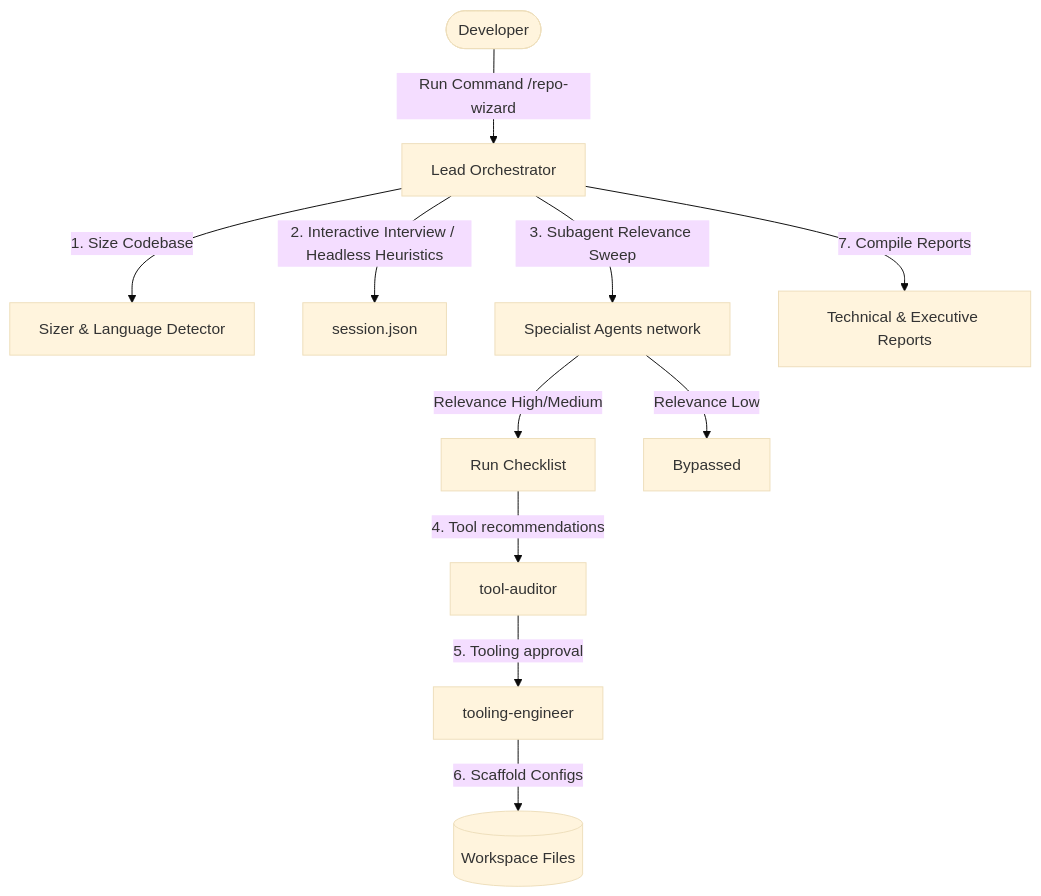
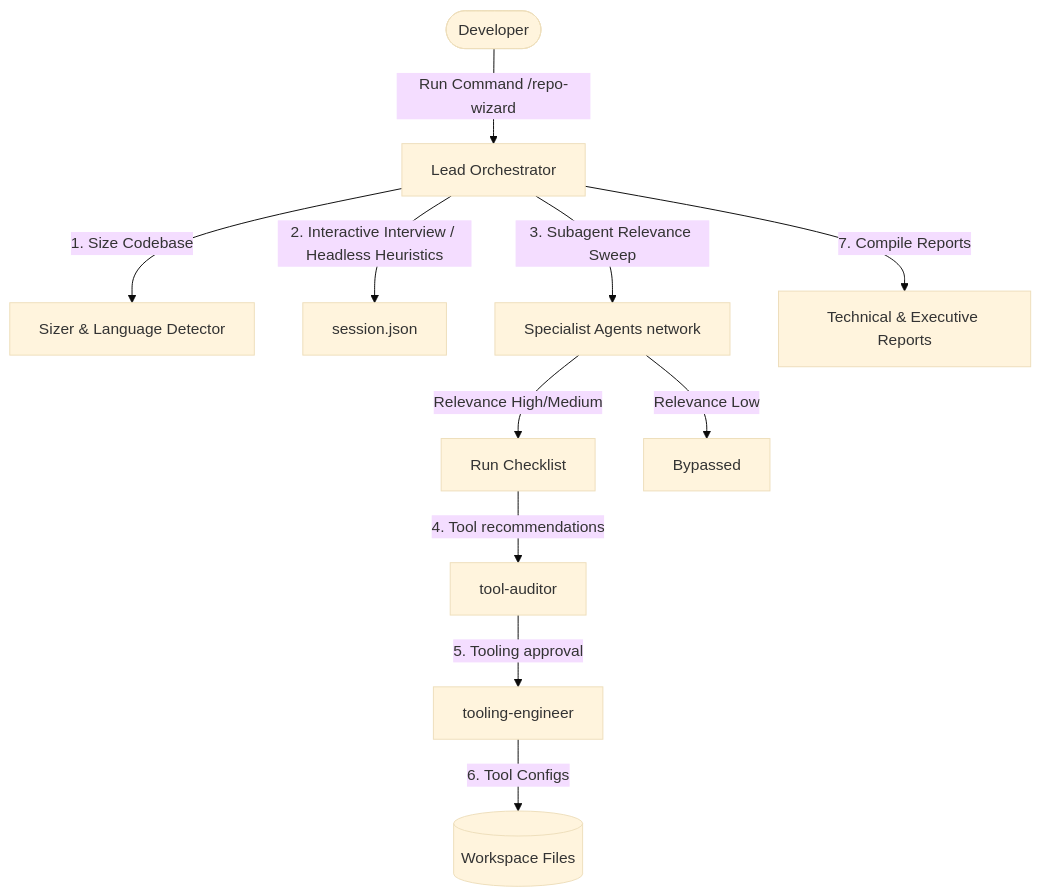
One commit to anjiera/repo-wizard changed the diagram in README.md. Above: the diagram before and after it, drawn with Mermaid (base theme). The commit also changed other lines of this file and 182 other files, not shown here.

````diff
--- a/README.md
+++ b/README.md
@@ -44,13 +44,13 @@
 ```mermaid
 graph TD
     User([Developer]) -->|Run Command /repo-wizard| Orchestrator[Lead Orchestrator]
     Orchestrator -->|1. Size Codebase| Sizer[Sizer & Language Detector]
     Orchestrator -->|2. Interactive Interview / Headless Heuristics| Config[session.json]
     Orchestrator -->|3. Subagent Relevance Sweep| Specialists[Specialist Agents network]
     Specialists -->|Relevance High/Medium| Audit[Run Checklist]
     Specialists -->|Relevance Low| Skip[Bypassed]
     Audit -->|4. Tool recommendations| Evaluator[tool-auditor]
     Evaluator -->|5. Tooling approval| Scaffolder[tooling-engineer]
-    Scaffolder -->|6. Scaffold Configs| Files[(Workspace Files)]
+    Scaffolder -->|6. Tool Configs| Files[(Workspace Files)]
     Orchestrator -->|7. Compile Reports| MD_HTML[Technical & Executive Reports]
 ```
````
